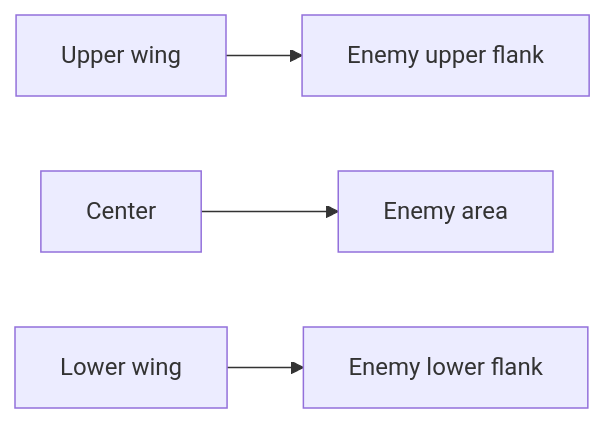
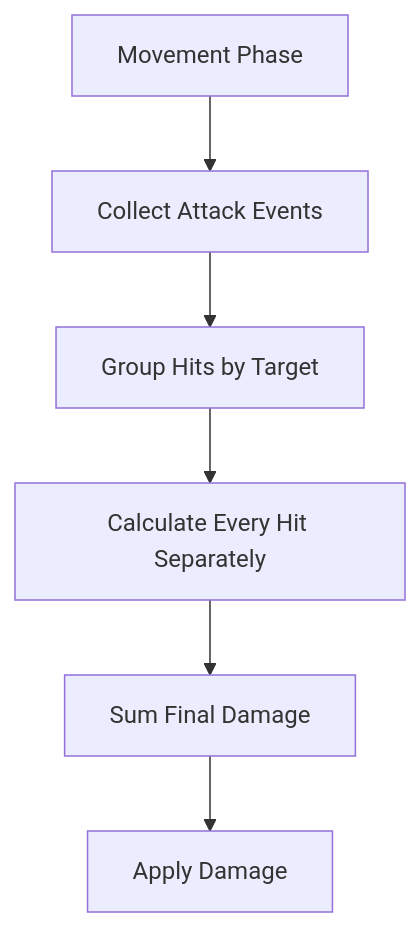
Before and after one commit to memem47/AlifeBattle: the fifth of 9 diagrams in README.md, drawn with Mermaid. The commit also changed other lines of this file and 2 other files, not shown here.

````diff
--- a/README.md
+++ b/README.md
@@ -312,6 +699,8 @@
 ```mermaid
-flowchart LR
-    U[Upper wing] --> UF[Enemy upper flank]
-    C[Center] --> EC[Enemy area]
-    L[Lower wing] --> LF[Enemy lower flank]
+flowchart TD
+    A[Movement Phase] --> B[Collect Attack Events]
+    B --> C[Group Hits by Target]
+    C --> D[Calculate Every Hit Separately]
+    D --> E[Sum Final Damage]
+    E --> F[Apply Damage]
 ```
````
